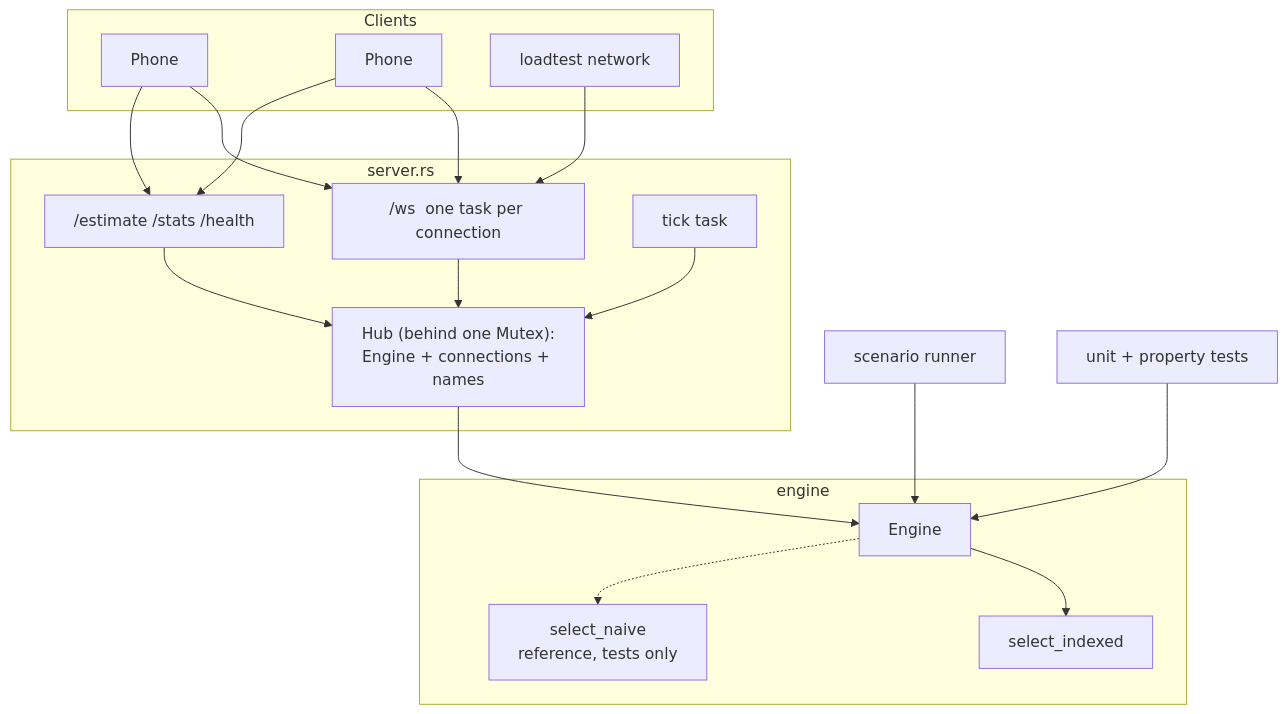
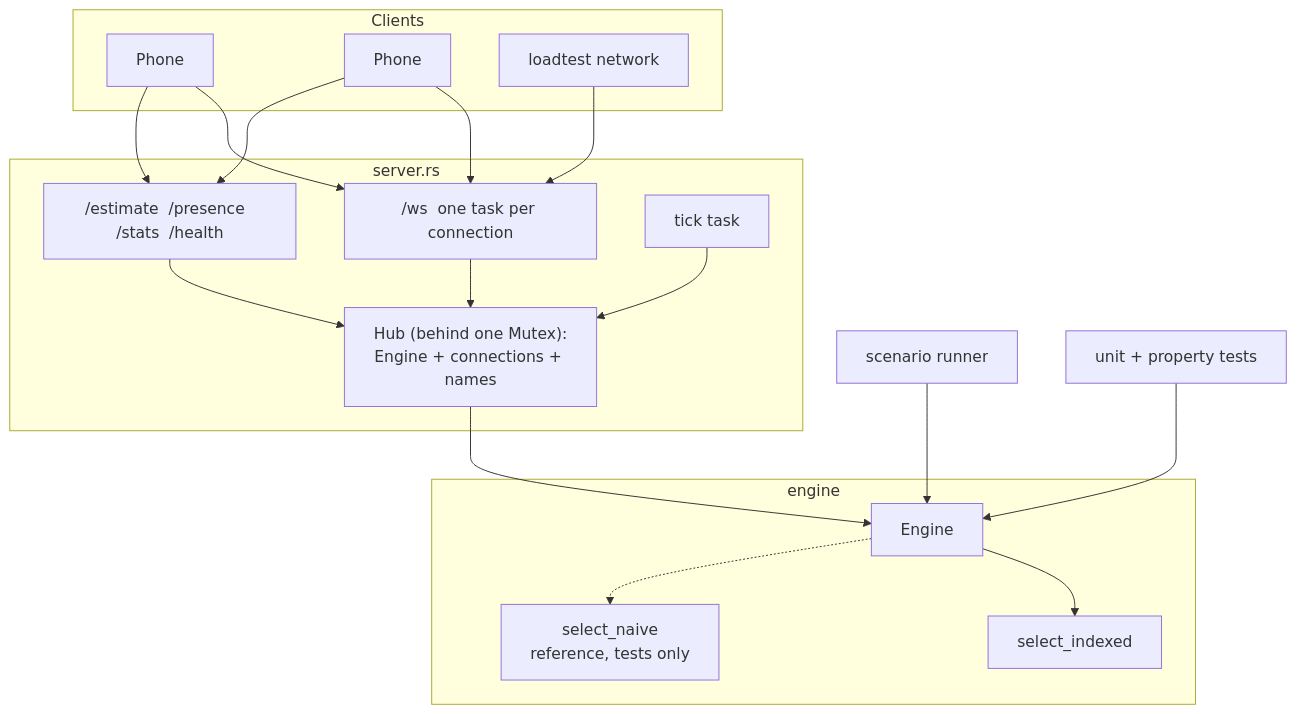
The diagram in docs/ARCHITECTURE.md (samshanmukh/fluffle-matchmaking), drawn with Mermaid before and after one commit. The commit also changed other lines of this file and 4 other files, not shown here.

````diff
--- a/docs/ARCHITECTURE.md
+++ b/docs/ARCHITECTURE.md
@@ -49,25 +49,25 @@
 ```mermaid
 flowchart TB
     subgraph Clients
         P1[Phone] 
         P2[Phone]
         LT[loadtest network]
     end
     subgraph server.rs
         WS["/ws  one task per connection"]
-        HTTP["/estimate  /stats  /health"]
+        HTTP["/estimate  /presence  /stats  /health"]
         TICK[tick task]
         HUB["Hub (behind one Mutex):<br/>Engine + connections + names"]
     end
     subgraph engine
         ENG[Engine]
         SEL[select_indexed]
         REF[select_naive<br/>reference, tests only]
     end
     P1 & P2 & LT --> WS
     P1 & P2 --> HTTP
     WS & HTTP & TICK --> HUB --> ENG --> SEL
     ENG -.-> REF
     SC[scenario runner] --> ENG
     UT[unit + property tests] --> ENG
 ```
````
